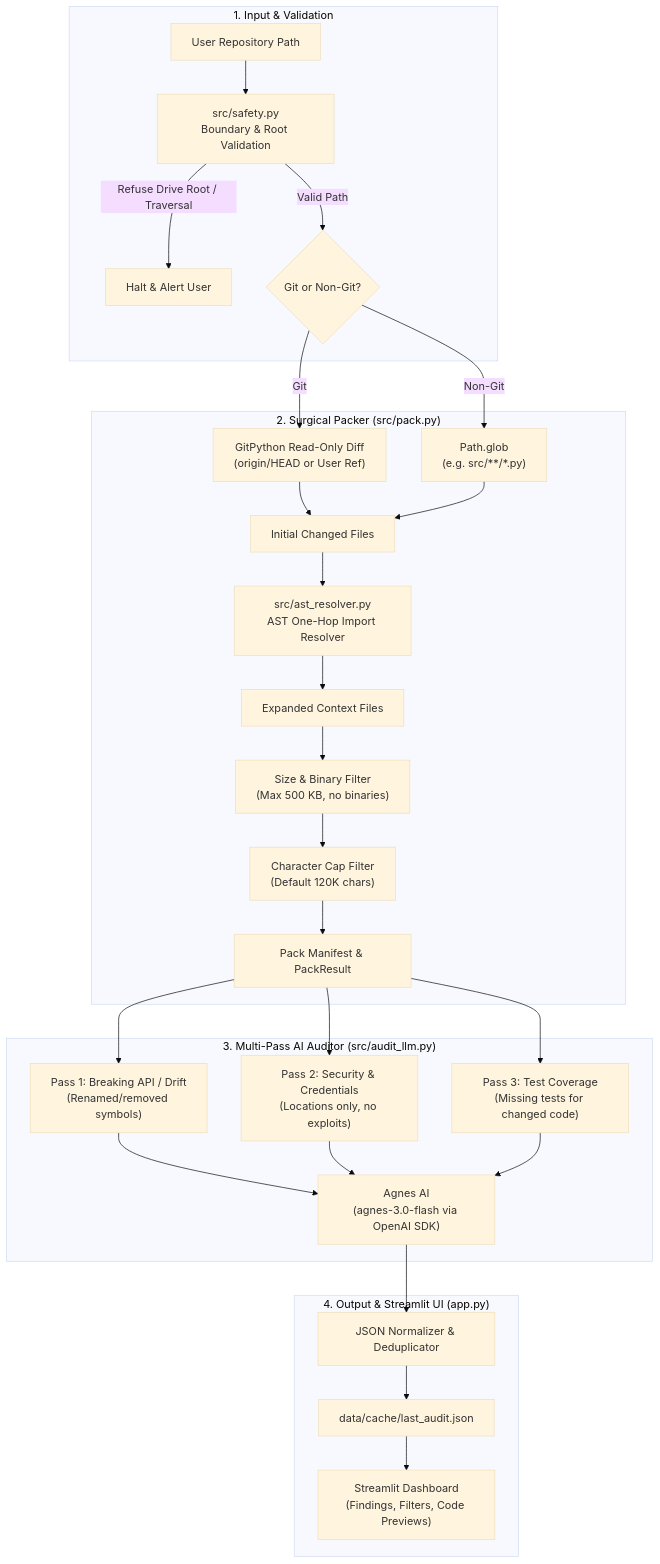
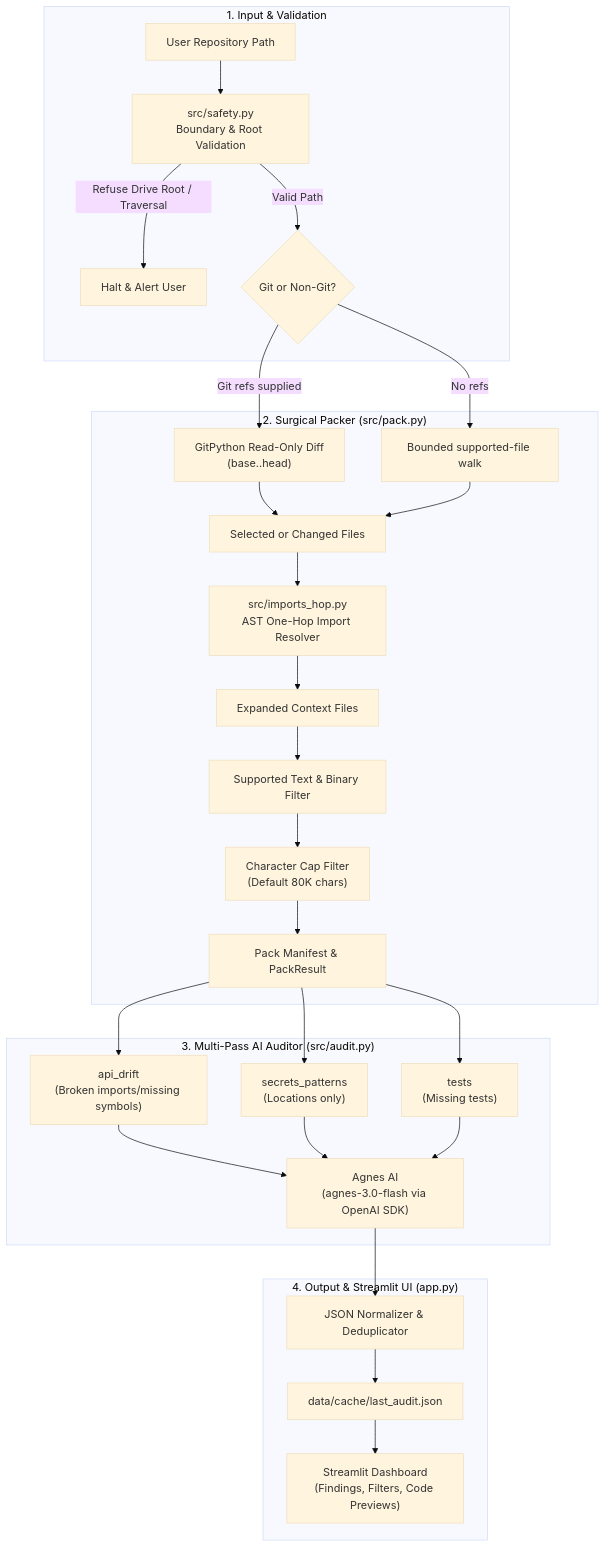
One commit to pypi-ahmad/repo-auditor changed the diagram in docs/ARCHITECTURE.md. Above: the diagram before and after it, drawn with Mermaid (base theme). The commit also changed other lines of this file and 8 other files, not shown here.

````diff
--- a/docs/ARCHITECTURE.md
+++ b/docs/ARCHITECTURE.md
@@ -7,33 +7,33 @@
 ```mermaid
 flowchart TD
     subgraph Input["1. Input & Validation"]
         UserPath["User Repository Path"] --> SafetyCheck["src/safety.py\nBoundary & Root Validation"]
         SafetyCheck -->|Refuse Drive Root / Traversal| Error["Halt & Alert User"]
         SafetyCheck -->|Valid Path| RepoType{"Git or Non-Git?"}
     end
 
     subgraph Packer["2. Surgical Packer (src/pack.py)"]
-        RepoType -->|Git| GitDiff["GitPython Read-Only Diff\n(origin/HEAD or User Ref)"]
-        RepoType -->|Non-Git| GlobWalk["Path.glob\n(e.g. src/**/*.py)"]
-        GitDiff --> InitialFiles["Initial Changed Files"]
+        RepoType -->|Git refs supplied| GitDiff["GitPython Read-Only Diff\n(base..head)"]
+        RepoType -->|No refs| GlobWalk["Bounded supported-file walk"]
+        GitDiff --> InitialFiles["Selected or Changed Files"]
         GlobWalk --> InitialFiles
-        InitialFiles --> AST["src/ast_resolver.py\nAST One-Hop Import Resolver"]
+        InitialFiles --> AST["src/imports_hop.py\nAST One-Hop Import Resolver"]
         AST --> OneHopFiles["Expanded Context Files"]
-        OneHopFiles --> Filter["Size & Binary Filter\n(Max 500 KB, no binaries)"]
-        Filter --> CharCap["Character Cap Filter\n(Default 120K chars)"]
+        OneHopFiles --> Filter["Supported Text & Binary Filter"]
+        Filter --> CharCap["Character Cap Filter\n(Default 80K chars)"]
         CharCap --> Manifest["Pack Manifest & PackResult"]
     end
 
-    subgraph LLMAuditor["3. Multi-Pass AI Auditor (src/audit_llm.py)"]
-        Manifest --> Pass1["Pass 1: Breaking API / Drift\n(Renamed/removed symbols)"]
-        Manifest --> Pass2["Pass 2: Security & Credentials\n(Locations only, no exploits)"]
-        Manifest --> Pass3["Pass 3: Test Coverage\n(Missing tests for changed code)"]
+    subgraph LLMAuditor["3. Multi-Pass AI Auditor (src/audit.py)"]
+        Manifest --> Pass1["api_drift\n(Broken imports/missing symbols)"]
+        Manifest --> Pass2["secrets_patterns\n(Locations only)"]
+        Manifest --> Pass3["tests\n(Missing tests)"]
         Pass1 & Pass2 & Pass3 --> AgnesAI["Agnes AI\n(agnes-3.0-flash via OpenAI SDK)"]
     end
 
     subgraph StorageUI["4. Output & Streamlit UI (app.py)"]
         AgnesAI --> JsonAggregator["JSON Normalizer & Deduplicator"]
         JsonAggregator --> Cache["data/cache/last_audit.json"]
         Cache --> StreamlitUI["Streamlit Dashboard\n(Findings, Filters, Code Previews)"]
     end
 ```
````
